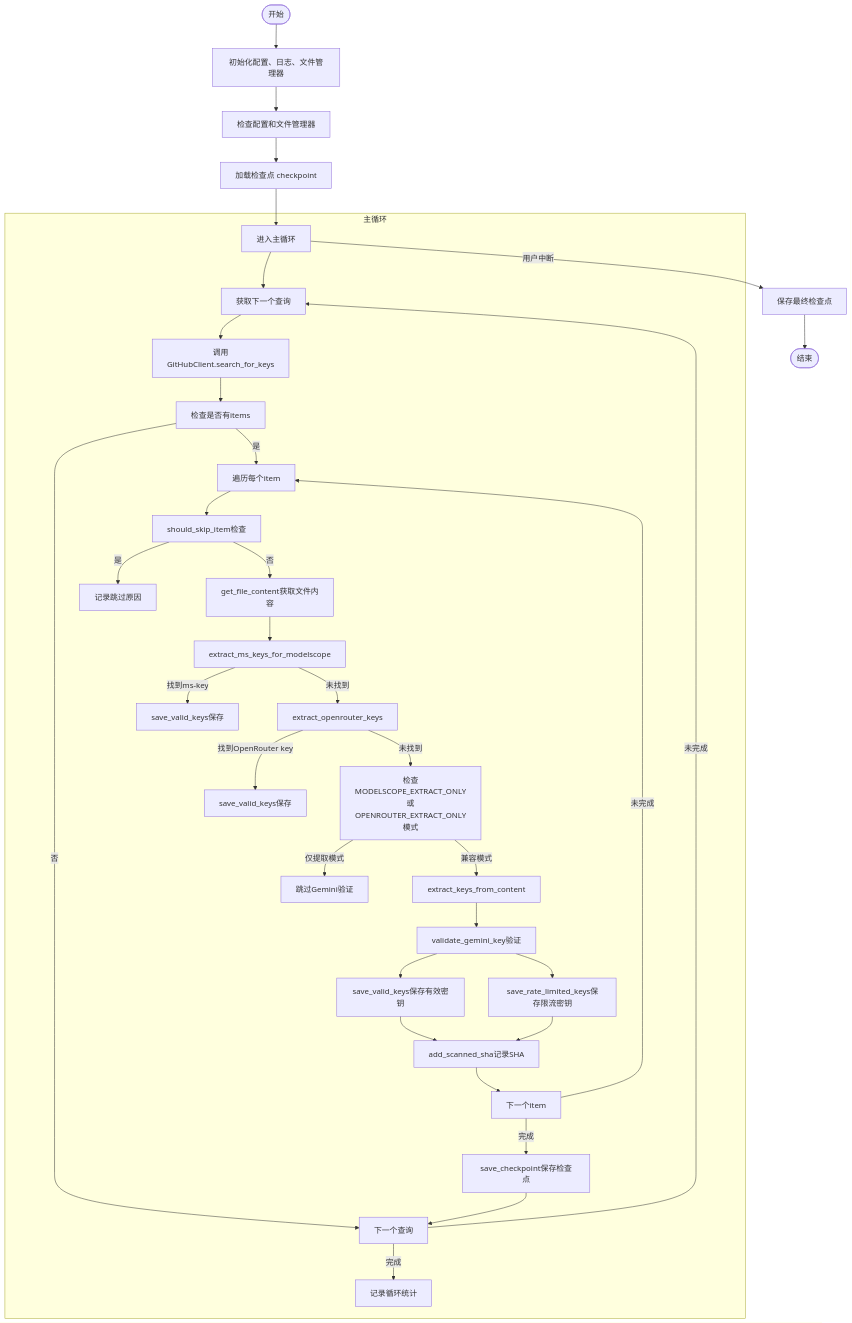
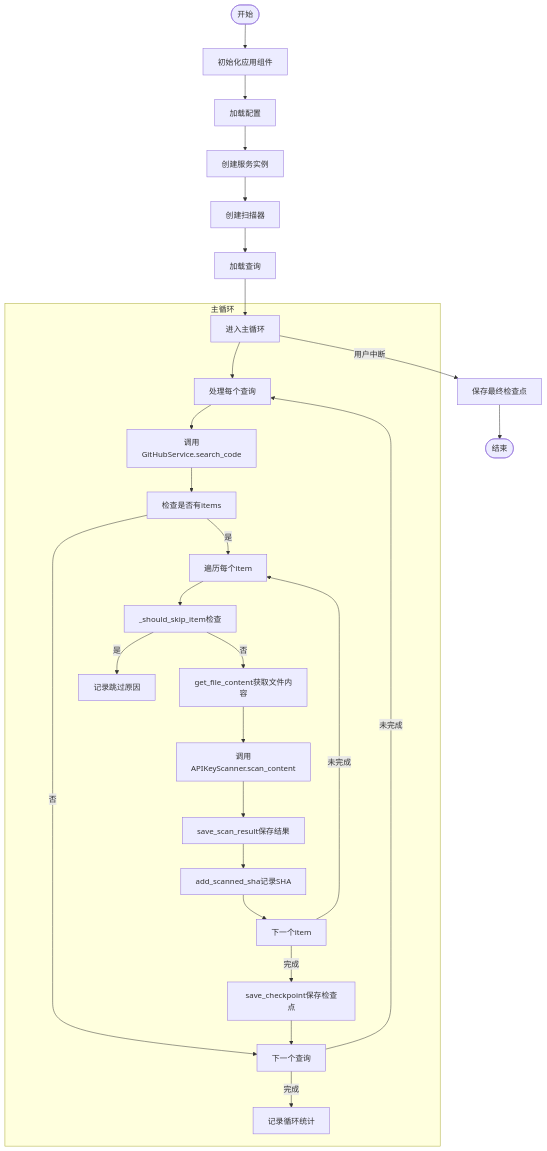
Before and after one commit to james-6-23/APIKEY-king: the third of 7 diagrams in .qoder/repowiki/zh/content/开发者指南/代码架构与模块设计/代码架构与模块设计.md, drawn with Mermaid. The commit also changed other lines of this file and 49 other files, not shown here.

````diff
--- a/.qoder/repowiki/zh/content/开发者指南/代码架构与模块设计/代码架构与模块设计.md
+++ b/.qoder/repowiki/zh/content/开发者指南/代码架构与模块设计/代码架构与模块设计.md
@@ -139,37 +140,30 @@
 ```mermaid
 flowchart TD
-Start([开始]) --> Init["初始化配置、日志、文件管理器"]
-Init --> Check["检查配置和文件管理器"]
-Check --> LoadCP["加载检查点 checkpoint"]
-LoadCP --> Loop["进入主循环"]
+Start([开始]) --> Init["初始化应用组件"]
+Init --> LoadConfig["加载配置"]
+LoadConfig --> CreateServices["创建服务实例"]
+CreateServices --> CreateScanner["创建扫描器"]
+CreateScanner --> LoadQueries["加载查询"]
+LoadQueries --> Loop["进入主循环"]
 subgraph "主循环"
-Loop --> GetQuery["获取下一个查询"]
-GetQuery --> Search["调用GitHubClient.search_for_keys"]
+Loop --> ProcessQuery["处理每个查询"]
+ProcessQuery --> Search["调用GitHubService.search_code"]
 Search --> CheckItems["检查是否有items"]
 CheckItems --> |否| NextQuery["下一个查询"]
 CheckItems --> |是| ProcessItem["遍历每个item"]
-ProcessItem --> SkipCheck["should_skip_item检查"]
+ProcessItem --> SkipCheck["_should_skip_item检查"]
 SkipCheck --> |是| SkipLog["记录跳过原因"]
 SkipCheck --> |否| GetContent["get_file_content获取文件内容"]
-GetContent --> ExtractMS["extract_ms_keys_for_modelscope"]
-ExtractMS --> |找到ms-key| SaveMS["save_valid_keys保存"]
-ExtractMS --> |未找到| ExtractOR["extract_openrouter_keys"]
-ExtractOR --> |找到OpenRouter key| SaveOR["save_valid_keys保存"]
-ExtractOR --> |未找到| CheckMode["检查MODELSCOPE_EXTRACT_ONLY或OPENROUTER_EXTRACT_ONLY模式"]
-CheckMode --> |仅提取模式| SkipGemini["跳过Gemini验证"]
-CheckMode --> |兼容模式| ExtractGemini["extract_keys_from_content"]
-ExtractGemini --> Validate["validate_gemini_key验证"]
-Validate --> SaveValid["save_valid_keys保存有效密钥"]
-Validate --> SaveRate["save_rate_limited_keys保存限流密钥"]
-SaveValid --> RecordSHA["add_scanned_sha记录SHA"]
-SaveRate --> RecordSHA
-RecordSHA --> NextItem["下一个item"]
+GetContent --> ScanContent["调用APIKeyScanner.scan_content"]
+ScanContent --> SaveResult["save_scan_result保存结果"]
+SaveResult --> UpdateCP["add_scanned_sha记录SHA"]
+UpdateCP --> NextItem["下一个item"]
 NextItem --> |未完成| ProcessItem
 NextItem --> |完成| SaveCP["save_checkpoint保存检查点"]
 SaveCP --> NextQuery
-NextQuery --> |未完成| GetQuery
+NextQuery --> |未完成| ProcessQuery
 NextQuery --> |完成| LogStats["记录循环统计"]
 end
 Loop --> |用户中断| SaveFinal["保存最终检查点"]
 SaveFinal --> End([结束])
 ```
````
